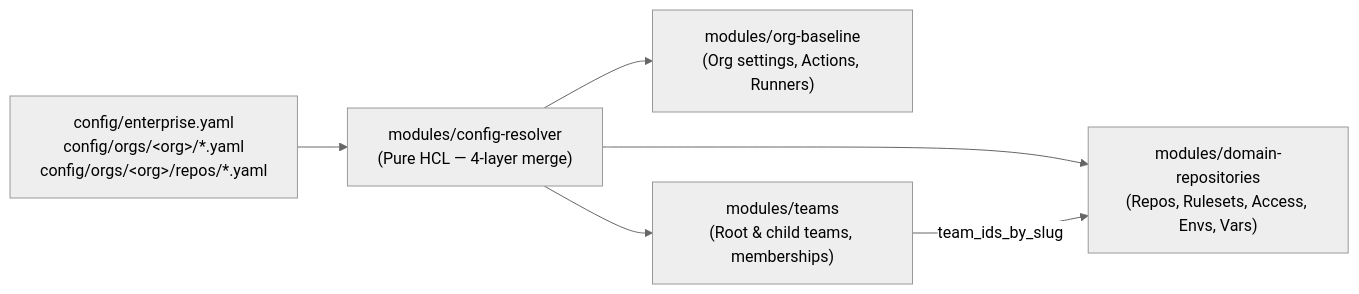
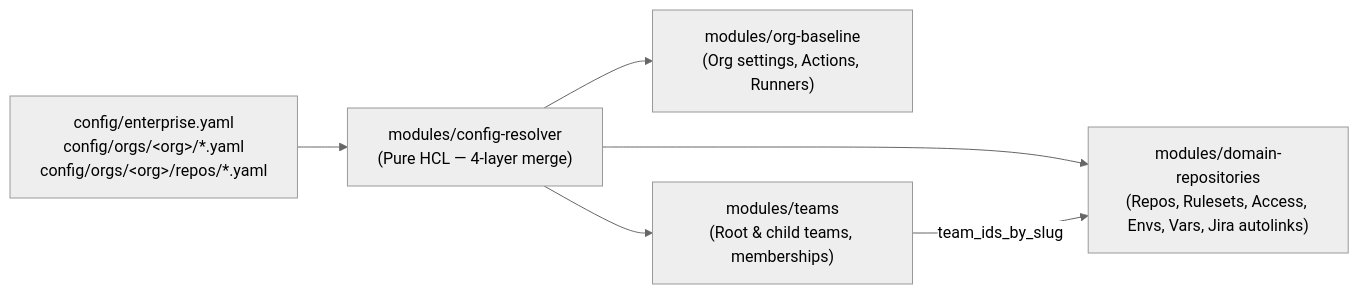
The diagram in modules/README.md (darren-steven/github-platform), drawn with Mermaid (neutral theme) before and after one commit. The commit also changed other lines of this file and 17 other files, not shown here.

Commit message:
PPLCTNS-66 Add Jira autolink support for repositories with validation and configuration options

````diff
--- a/modules/README.md
+++ b/modules/README.md
@@ -11,14 +11,14 @@
 ```mermaid
 flowchart LR
     YAML["config/enterprise.yaml\nconfig/orgs/&lt;org&gt;/*.yaml\nconfig/orgs/&lt;org&gt;/repos/*.yaml"]
     CR["modules/config-resolver\n(Pure HCL — 4-layer merge)"]
     ORG["modules/org-baseline\n(Org settings, Actions, Runners)"]
     TEAMS["modules/teams\n(Root & child teams, memberships)"]
-    REPOS["modules/domain-repositories\n(Repos, Rulesets, Access, Envs, Vars)"]
+    REPOS["modules/domain-repositories\n(Repos, Rulesets, Access, Envs, Vars, Jira autolinks)"]
 
     YAML --> CR
     CR --> ORG
     CR --> TEAMS
     CR --> REPOS
     TEAMS -->|team_ids_by_slug| REPOS
 ```
````
